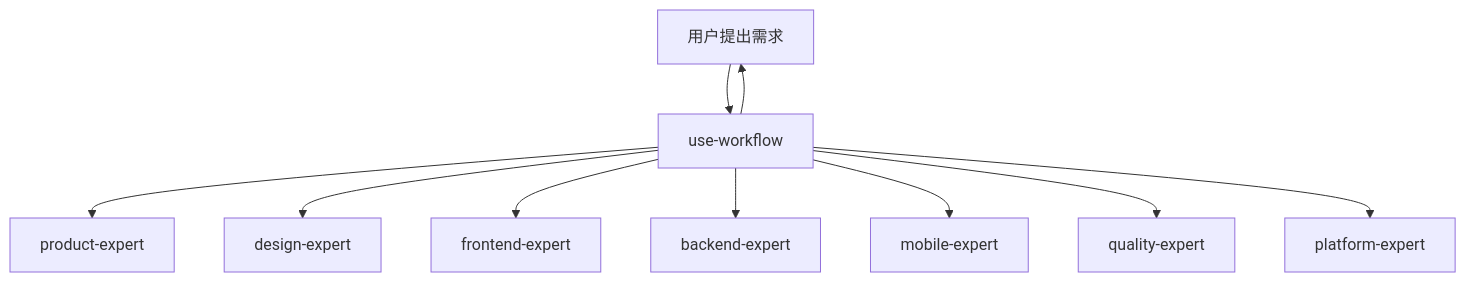
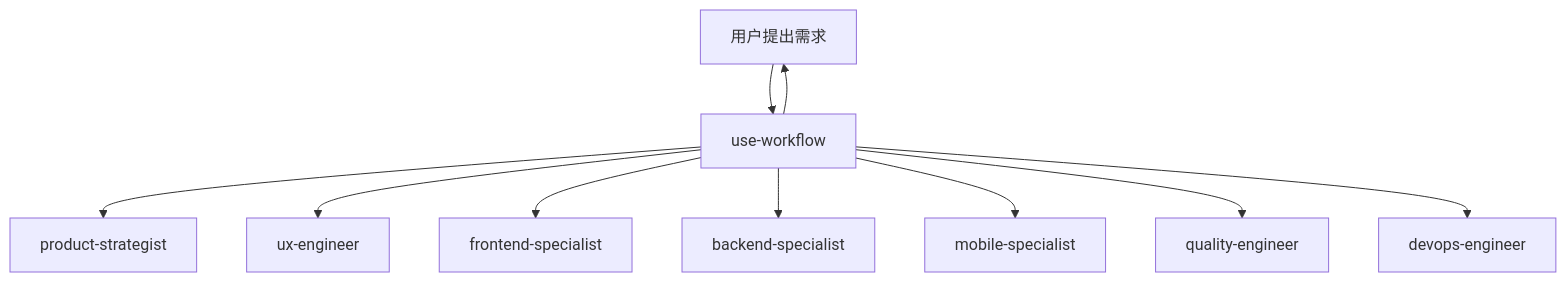
One commit to Tooooommy/Trae-Workflow changed the diagram in README.md. Above: the diagram before and after it, drawn with Mermaid. The commit also changed other lines of this file and 26 other files, not shown here.

First line of the commit message:
refactor: rename expert skills to new architecture

````diff
--- a/README.md
+++ b/README.md
@@ -34,12 +34,12 @@
 ```mermaid
 flowchart TD
     User[用户提出需求] --> Workflow[use-workflow]
-    Workflow --> Product[product-expert]
-    Workflow --> Design[design-expert]
-    Workflow --> Frontend[frontend-expert]
-    Workflow --> Backend[backend-expert]
-    Workflow --> Mobile[mobile-expert]
-    Workflow --> QA[quality-expert]
-    Workflow --> Ops[platform-expert]
+    Workflow --> Product[product-strategist]
+    Workflow --> Design[ux-engineer]
+    Workflow --> Frontend[frontend-specialist]
+    Workflow --> Backend[backend-specialist]
+    Workflow --> Mobile[mobile-specialist]
+    Workflow --> QA[quality-engineer]
+    Workflow --> Ops[devops-engineer]
     Workflow --> User
 ```
````
